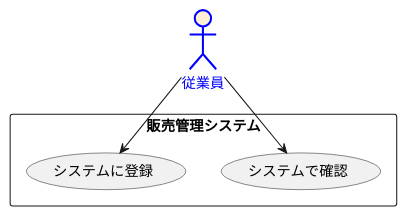
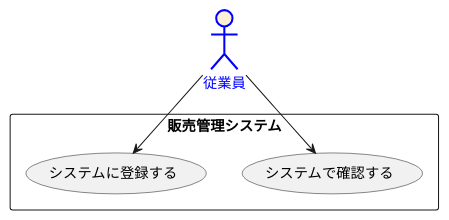
The diagram in 演習2-5_盛岡商事_販売管理システム.pu (Skypeace8585/uml-introduction), drawn with PlantUML before and after one commit.

```diff
--- a/演習2-5_盛岡商事_販売管理システム.pu
+++ b/演習2-5_盛岡商事_販売管理システム.pu
@@ -1,10 +1,10 @@
 @startuml 販売管理システム
 actor 従業員 #PapayaWhip;line:blue;line.bold;text:blue
 rectangle 販売管理システム{
     
-    usecase システムで確認
-    usecase システムに登録
+    usecase システムで確認する
+    usecase システムに登録する
 }
-従業員-->システムで確認
-従業員-->システムに登録
+従業員-->システムで確認する
+従業員-->システムに登録する
 @enduml
```
